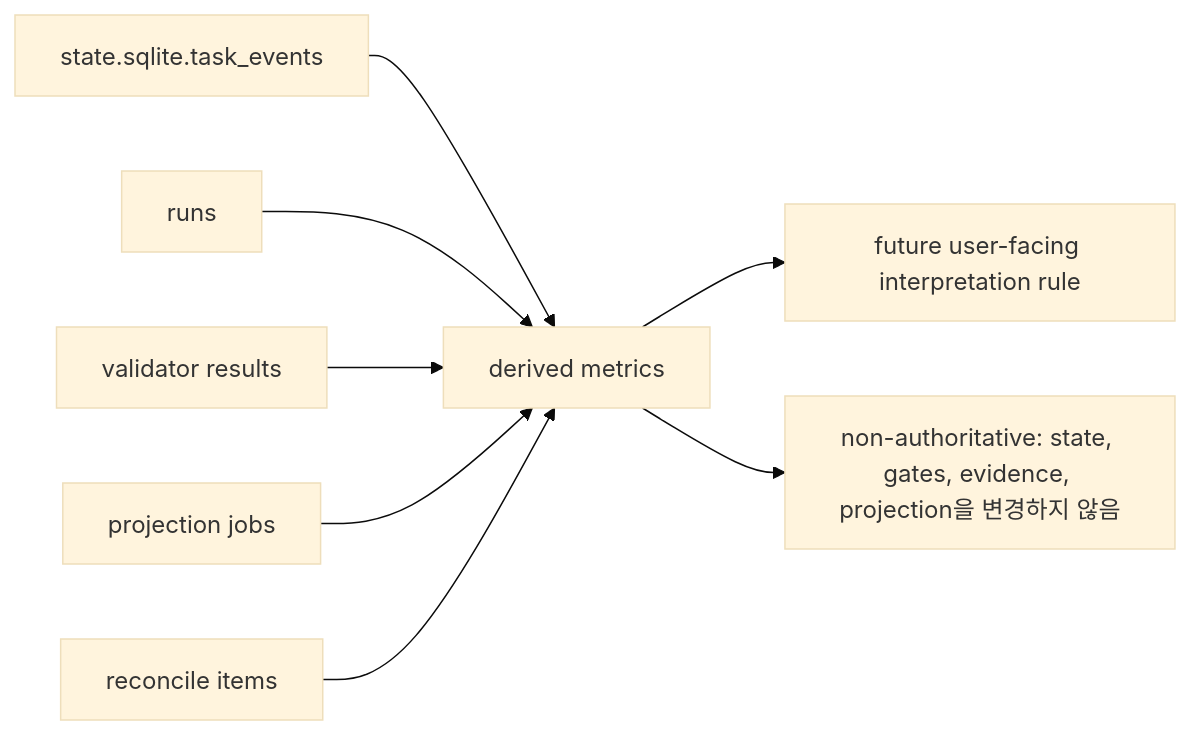
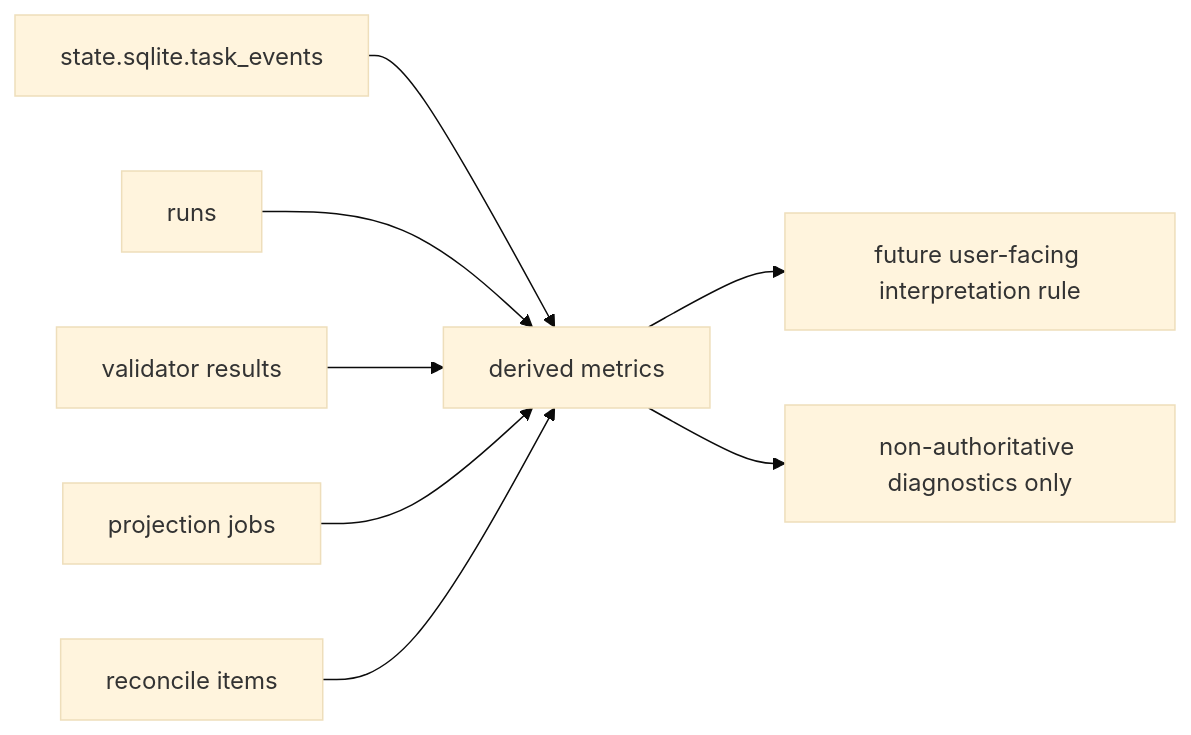
The fifth of 5 diagrams in docs/ko/appendix/C-later-roadmap.md (minjungw00/Volicord), drawn with Mermaid (base theme) before and after one commit. The commit also changed other lines of this file and 9 other files, not shown here.

Commit message:
docs: keep context index and metrics non-authoritative

````diff
--- a/docs/ko/appendix/C-later-roadmap.md
+++ b/docs/ko/appendix/C-later-roadmap.md
@@ -101,10 +120,10 @@
 ```mermaid
 flowchart LR
   Events["state.sqlite.task_events"] --> Metrics["derived metrics"]
   Runs["runs"] --> Metrics
   Validators["validator results"] --> Metrics
   Projections["projection jobs"] --> Metrics
   Reconcile["reconcile items"] --> Metrics
   Metrics --> Interpretation["future user-facing interpretation rule"]
-  Metrics --> Boundary["non-authoritative: state, gates, evidence, projection을 변경하지 않음"]
+  Metrics --> Boundary["non-authoritative diagnostics only"]
 ```
````
